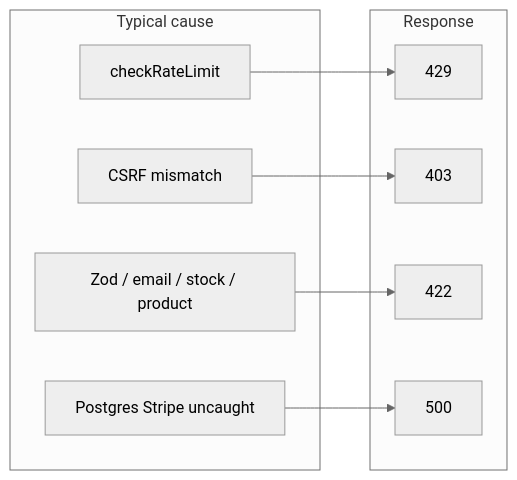
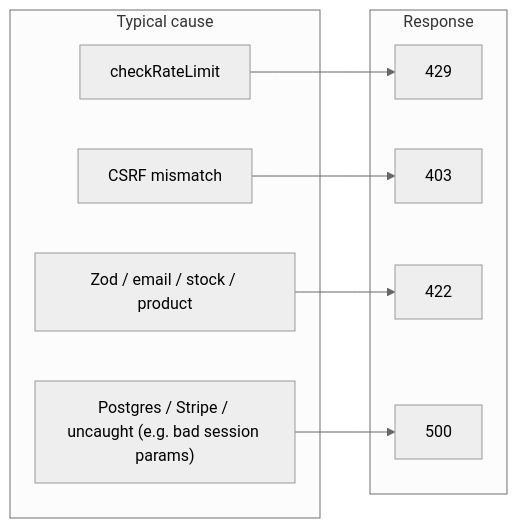
One commit to benmed00/lucid-web-craftsman changed the sixth of 7 diagrams in supabase/functions/create-payment/DATA_FLOW.md. Above: the diagram before and after it, drawn with Mermaid (neutral theme). The commit also changed other lines of this file and 52 other files, not shown here.

````diff
--- a/supabase/functions/create-payment/DATA_FLOW.md
+++ b/supabase/functions/create-payment/DATA_FLOW.md
@@ -136,19 +136,19 @@
 ```mermaid
 flowchart LR
   subgraph out["Response"]
     R429[429]
     R403[403]
     R422[422]
     R500[500]
   end
   subgraph cause["Typical cause"]
     C429["checkRateLimit"]
     C403["CSRF mismatch"]
     C422["Zod / email / stock / product"]
-    C500["Postgres Stripe uncaught"]
+    C500["Postgres / Stripe / uncaught (e.g. bad session params)"]
   end
   C429 --> R429
   C403 --> R403
   C422 --> R422
   C500 --> R500
 ```
````
